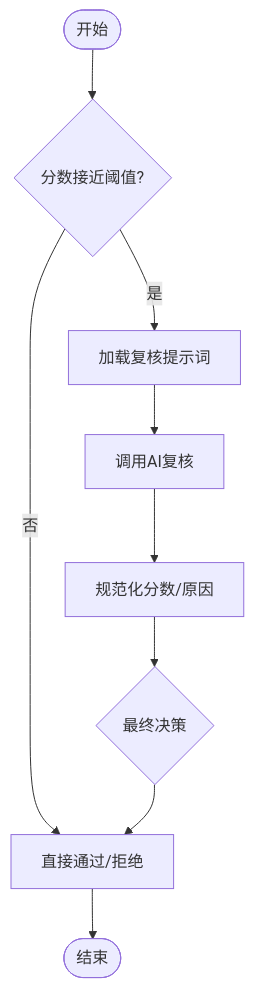
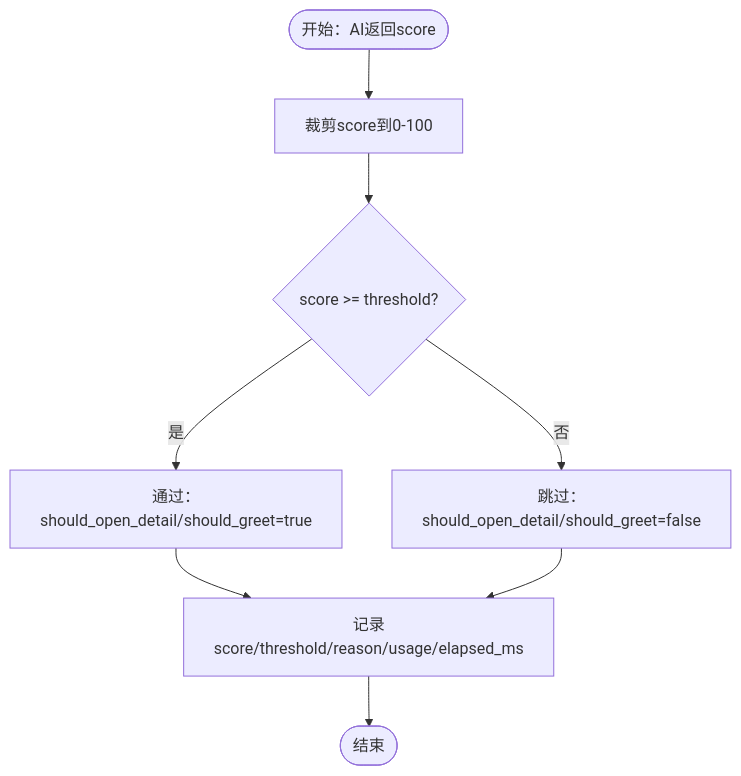
Before and after one commit to alvinwangzi/goodhr: the eighth of 9 diagrams in .qoder/repowiki/zh/content/云端后端服务/候选人处理系统/AI匹配评分/AI评分算法.md, drawn with Mermaid. The commit also changed other lines of this file and 149 other files, not shown here.

````diff
--- a/.qoder/repowiki/zh/content/云端后端服务/候选人处理系统/AI匹配评分/AI评分算法.md
+++ b/.qoder/repowiki/zh/content/云端后端服务/候选人处理系统/AI匹配评分/AI评分算法.md
@@ -236,11 +361,10 @@
 ```mermaid
 flowchart TD
-Start(["开始"]) --> CheckBoundary{"分数接近阈值?"}
-CheckBoundary --> |是| ReviewPrompt["加载复核提示词"]
-CheckBoundary --> |否| Pass["直接通过/拒绝"]
-ReviewPrompt --> CallReview["调用AI复核"]
-CallReview --> Normalize["规范化分数/原因"]
-Normalize --> FinalDecide{"最终决策"}
-FinalDecide --> Pass
-Pass --> End(["结束"])
+Start(["开始：AI返回score"]) --> Clamp["裁剪score到0-100"]
+Clamp --> Threshold{"score >= threshold?"}
+Threshold --> |是| Pass["通过：should_open_detail/should_greet=true"]
+Threshold --> |否| Skip["跳过：should_open_detail/should_greet=false"]
+Pass --> Log["记录score/threshold/reason/usage/elapsed_ms"]
+Skip --> Log
+Log --> End(["结束"])
 ```
````
